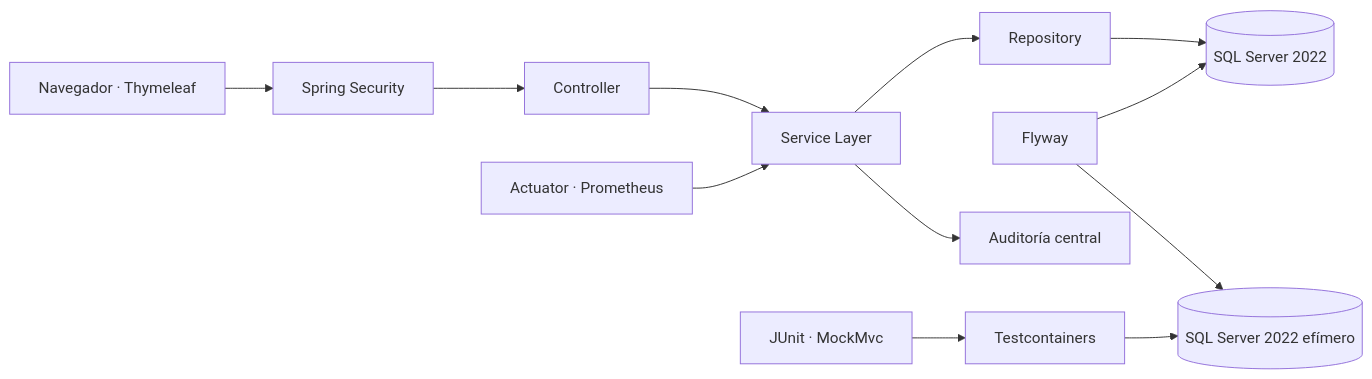
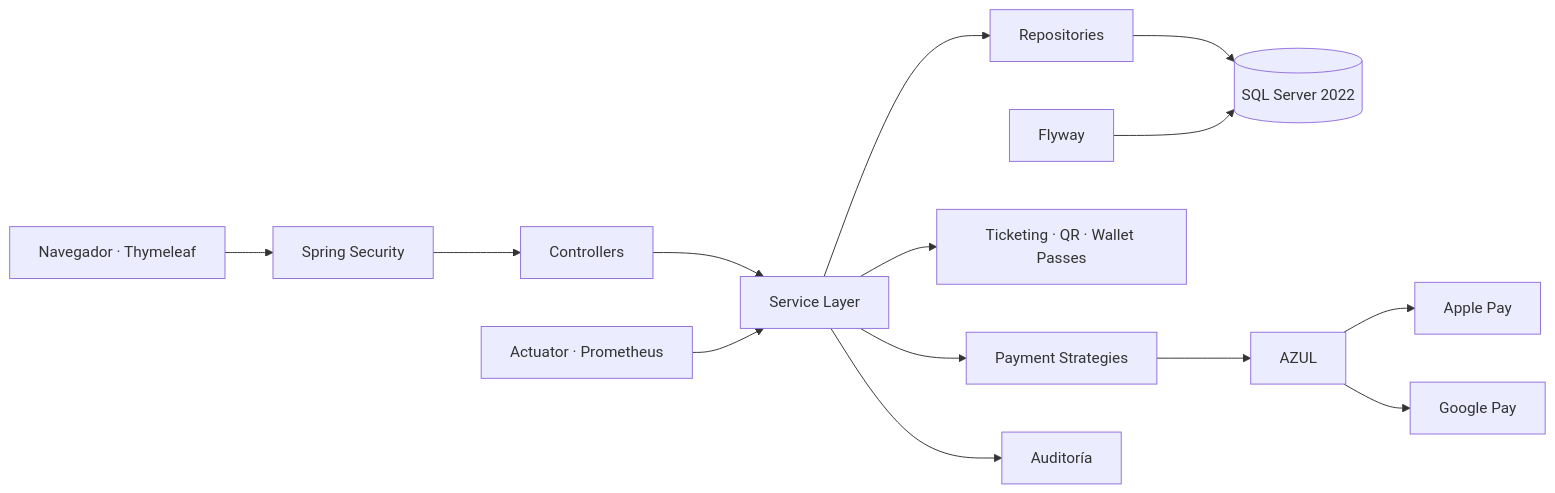
Before and after one commit to Jairo0811/Eventix: the diagram in README.md, drawn with Mermaid. The commit also changed other lines of this file, not shown here.

````diff
--- a/README.md
+++ b/README.md
@@ -243,14 +193,16 @@
 ```mermaid
 flowchart LR
     Browser["Navegador · Thymeleaf"] --> Security["Spring Security"]
-    Security --> Controller["Controller"]
+    Security --> Controller["Controllers"]
     Controller --> Service["Service Layer"]
-    Service --> Repository["Repository"]
+    Service --> Repository["Repositories"]
     Repository --> Database[(SQL Server 2022)]
+    Service --> Payments["Payment Strategies"]
+    Payments --> Azul["AZUL"]
+    Azul --> ApplePay["Apple Pay"]
+    Azul --> GooglePay["Google Pay"]
+    Service --> Ticketing["Ticketing · QR · Wallet Passes"]
     Flyway["Flyway"] --> Database
-    Tests["JUnit · MockMvc"] --> Container["Testcontainers"]
-    Container --> TestDatabase[(SQL Server 2022 efímero)]
-    Flyway --> TestDatabase
     Metrics["Actuator · Prometheus"] --> Service
-    Service --> Audit["Auditoría central"]
+    Service --> Audit["Auditoría"]
 ```
````
